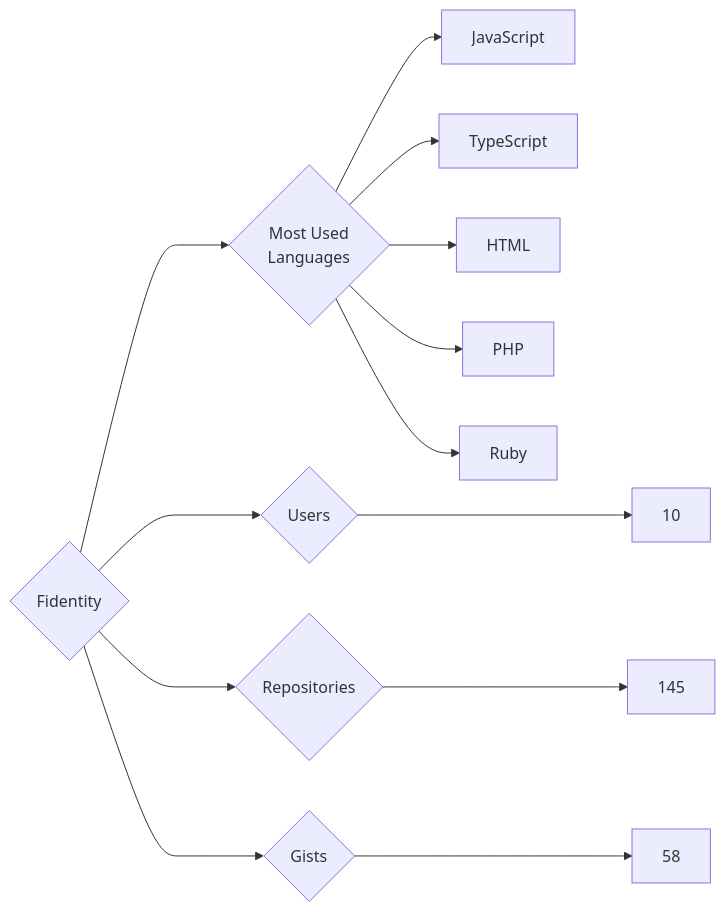
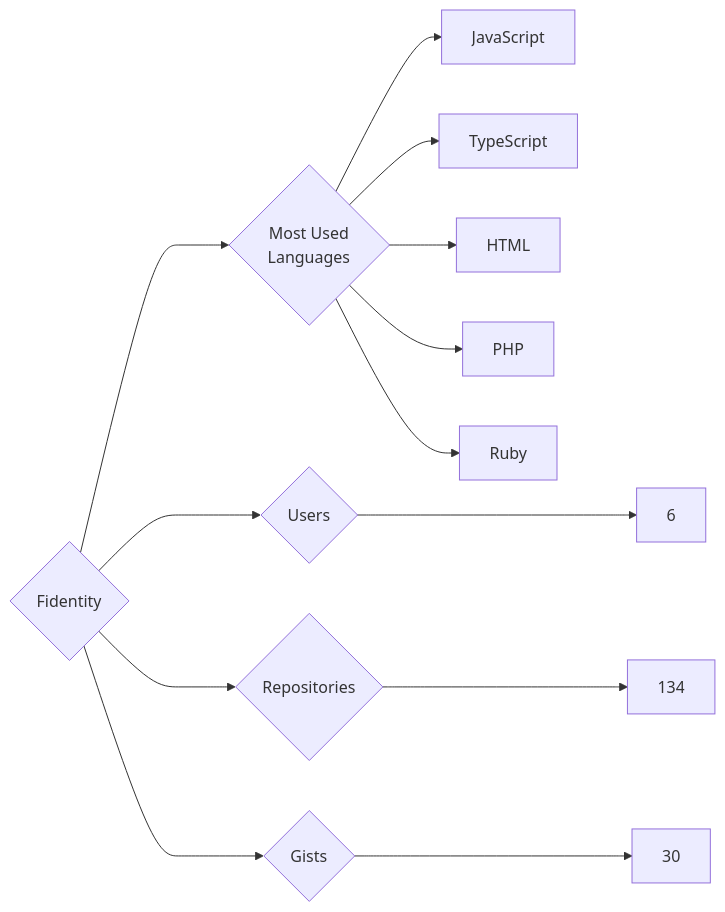
The diagram in targets/Fidentity/README.md (trickest/insiders), drawn with Mermaid before and after one commit. The commit also changed 1166 other files, not shown here.

````diff
--- a/targets/Fidentity/README.md
+++ b/targets/Fidentity/README.md
@@ -3,13 +3,13 @@
 ```mermaid
 graph LR
 COMPANY_NAME{Fidentity}
-COMPANY_NAME ---> U{Users} ---> UN[10]
-COMPANY_NAME ---> R{Repositories} ---> RN[145]
-COMPANY_NAME ---> G{Gists} ---> GN[58]
+COMPANY_NAME ---> U{Users} ---> UN[6]
+COMPANY_NAME ---> R{Repositories} ---> RN[134]
+COMPANY_NAME ---> G{Gists} ---> GN[30]
 COMPANY_NAME ---> ML{Most Used<br>Languages}
 ML --> JavaScript[JavaScript]
 ML --> TypeScript[TypeScript]
 ML --> HTML[HTML]
 ML --> PHP[PHP]
 ML --> Ruby[Ruby]
 ```
````
